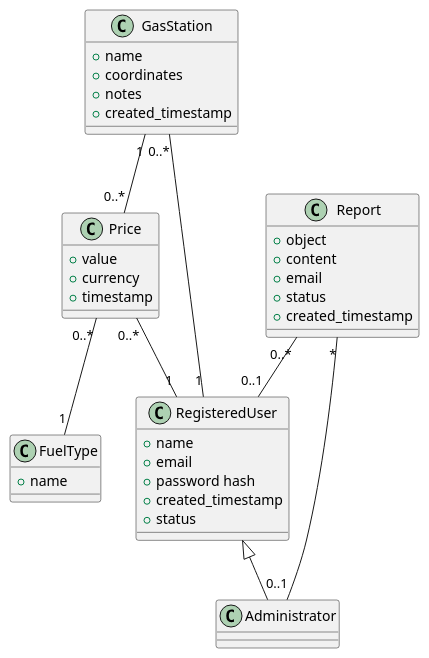
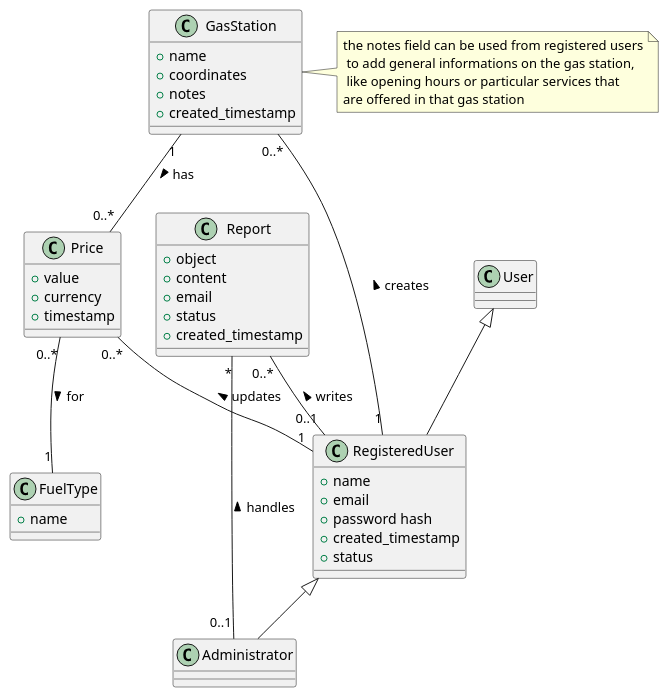
The third of 5 diagrams in REQ_s269097.md (SoftengPoliTo/Lab2), drawn with PlantUML before and after one commit. The commit also changed other lines of this file, not shown here.

Commit message:
version 1 for Lab3, small changes to glossary
+ images for diagrams

````diff
--- a/REQ_s269097.md
+++ b/REQ_s269097.md
@@ -350,49 +355,55 @@
 ```plantuml
 @startuml
 class GasStation {
 + name
 + coordinates
 + notes
 + created_timestamp
 }
+note right: the notes field can be used from registered users\n to add general informations on the gas station,\n like opening hours or particular services that\nare offered in that gas station
 
 class RegisteredUser{
 + name
 + email
 + password hash
 + created_timestamp
 + status
 }
 
 class Administrator{
 
 }
 
 class Price{
 + value
 + currency
 + timestamp
 }
 
 class FuelType {
 + name
 }
 
 class Report {
 + object
 + content
 + email
 + status
 + created_timestamp
 }
 
+class User {
+}
+
+User <|-- RegisteredUser
+
 RegisteredUser <|-- Administrator
 
-Price "0..*" -- "1" FuelType
-Price "0..*" -- "1" RegisteredUser
-Report "*" -- "0..1" Administrator
-GasStation "1" -- "0..*" Price
-GasStation "0..*" -- "1" RegisteredUser
-Report "0..*" -- "0..1" RegisteredUser
+Price "0..*" -- "1" FuelType : for >
+Price "0..*" -- "1" RegisteredUser : updates <
+Report "*" -- "0..1" Administrator : handles <
+GasStation "1" -- "0..*" Price : has >
+GasStation "0..*" -- "1" RegisteredUser : creates <
+Report "0..*" -- "0..1" RegisteredUser : writes <
 @enduml
 ```
````
